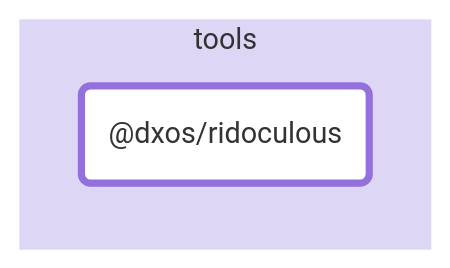
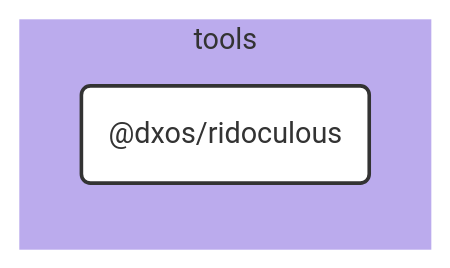
One commit to dxos/dxos changed the diagram in tools/ridoculous/docs/README.md. Above: the diagram before and after it, drawn with Mermaid. The commit also changed 100 other files, not shown here.

````diff
--- a/tools/ridoculous/docs/README.md
+++ b/tools/ridoculous/docs/README.md
@@ -7,12 +7,25 @@
 ```mermaid
-flowchart LR;
+%%{ init: {'flowchart':{'curve':'basis'}} }%%
 
-style dxos/ridoculous fill:#fff,stroke-width:4px;
+flowchart LR
+
+%% Links
+
+%% Sections
+subgraph tools
+  style tools fill:#bbabed,stroke:#fff;
+
+  dxos/ridoculous("@dxos/ridoculous")
+end
 
 
-subgraph tools
-  style tools fill:#ded6f5,stroke:#fff;
-  dxos/ridoculous("@dxos/ridoculous");
-end
+%% Hyperlinks
+
+%% Styles
+classDef rootNode fill:#fff,stroke:#333,stroke-width:2px
+classDef defaultNode fill:#fff,stroke:#333,stroke-width:1px
+linkStyle default stroke:#333,stroke-width:1px
+
+dxos/ridoculous:::rootNode
 
 ```
````
